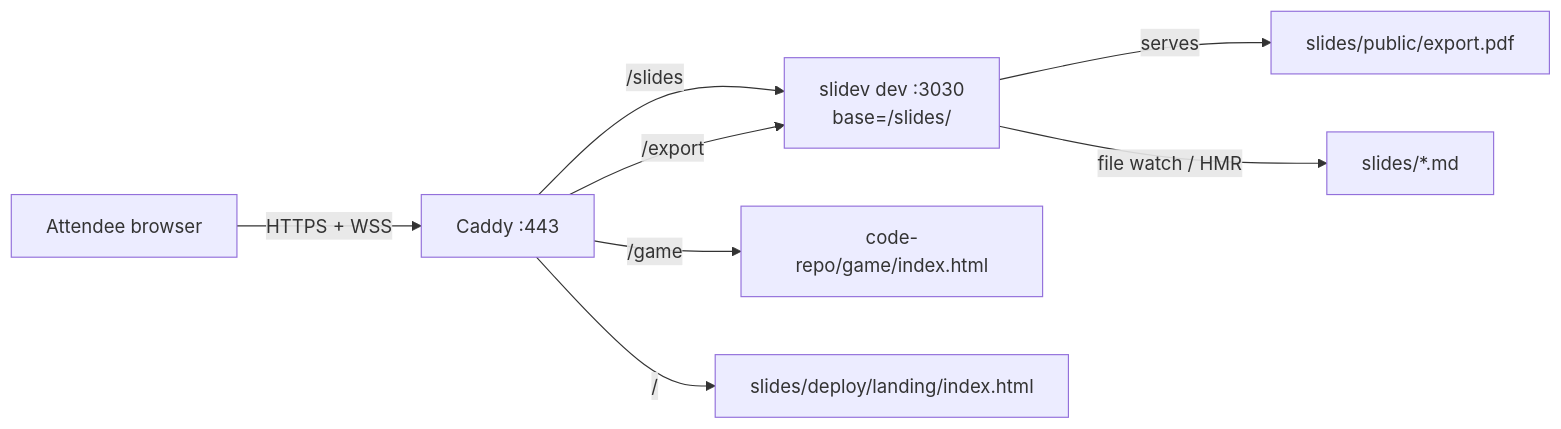
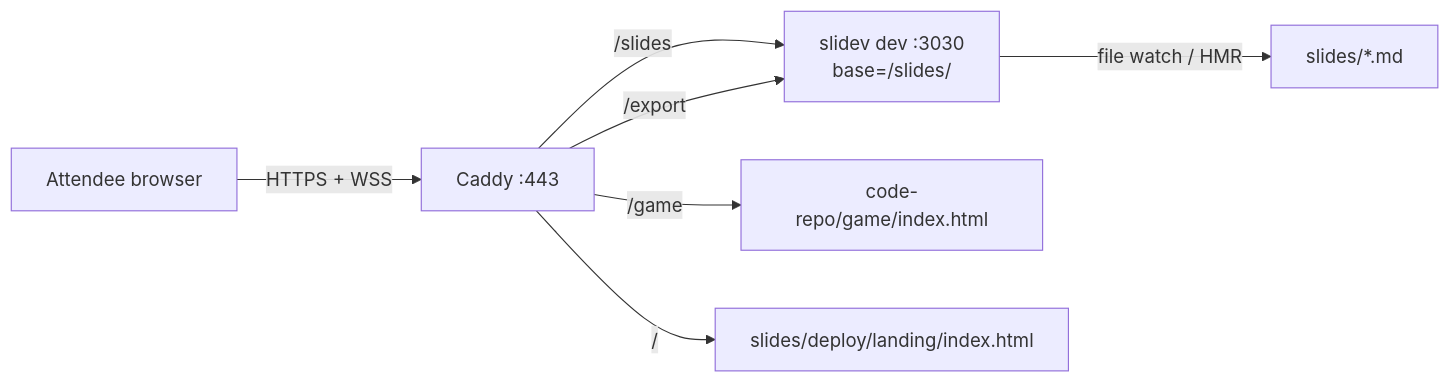
One commit to temporalio/workshop-nexus-intro-instruqt changed the diagram in slides/DEPLOY.md. Above: the diagram before and after it, drawn with Mermaid. The commit also changed other lines of this file and 5 other files, not shown here.

````diff
--- a/slides/DEPLOY.md
+++ b/slides/DEPLOY.md
@@ -21,10 +23,9 @@
 ```mermaid
 flowchart LR
   A[Attendee browser] -- HTTPS + WSS --> C[Caddy :443]
   C -- /slides --> S[slidev dev :3030<br/>base=/slides/]
   C -- /export --> S
   C -- /game --> G[code-repo/game/index.html]
   C -- / --> L[slides/deploy/landing/index.html]
-  S -- serves --> P[slides/public/export.pdf]
   S -- file watch / HMR --> F[slides/*.md]
 ```
````
